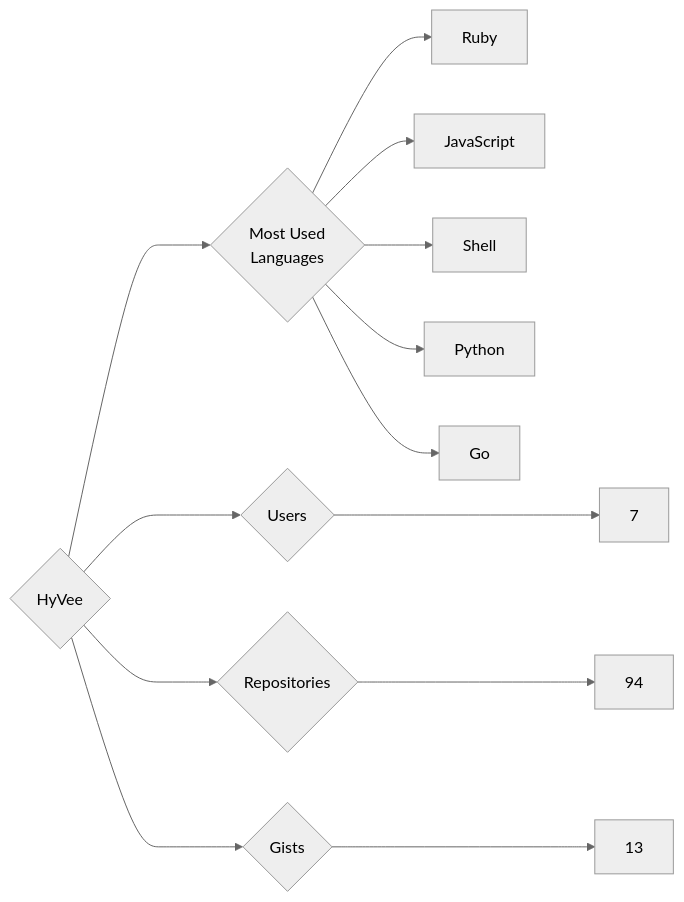
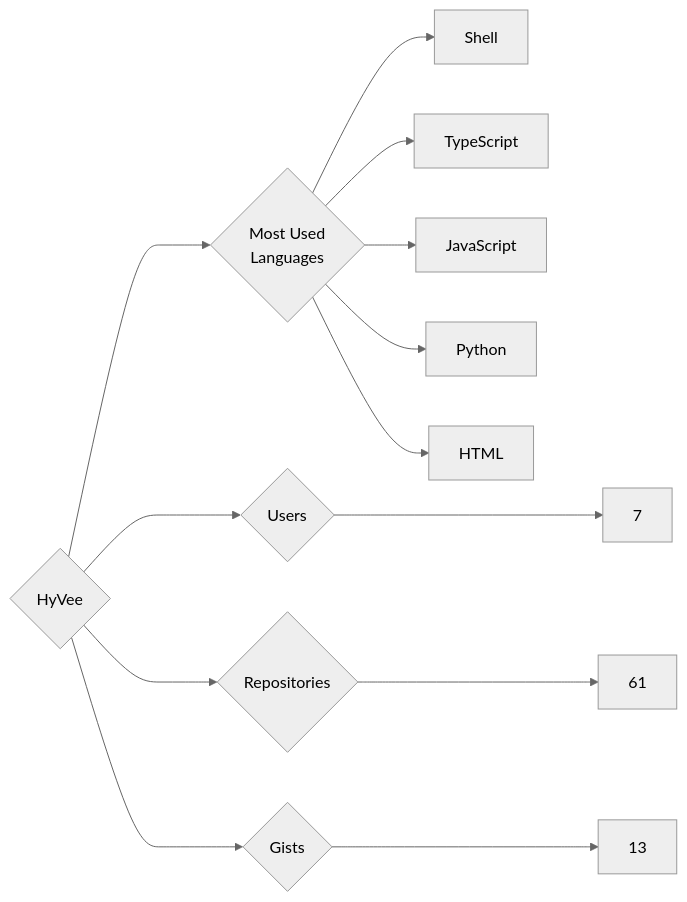
One commit to trickest/insiders changed the diagram in targets/HyVee/README.md. Above: the diagram before and after it, drawn with Mermaid (neutral theme). The commit also changed 891 other files, not shown here.

````diff
--- a/targets/HyVee/README.md
+++ b/targets/HyVee/README.md
@@ -3,13 +3,13 @@
 ```mermaid
 graph LR
 COMPANY_NAME{HyVee}
 COMPANY_NAME ---> U{Users} ---> UN[7]
-COMPANY_NAME ---> R{Repositories} ---> RN[94]
+COMPANY_NAME ---> R{Repositories} ---> RN[61]
 COMPANY_NAME ---> G{Gists} ---> GN[13]
 COMPANY_NAME ---> ML{Most Used<br>Languages}
-ML --> Ruby[Ruby]
+ML --> Shell[Shell]
+ML --> TypeScript[TypeScript]
 ML --> JavaScript[JavaScript]
-ML --> Shell[Shell]
 ML --> Python[Python]
-ML --> Go[Go]
+ML --> HTML[HTML]
 ```
````
